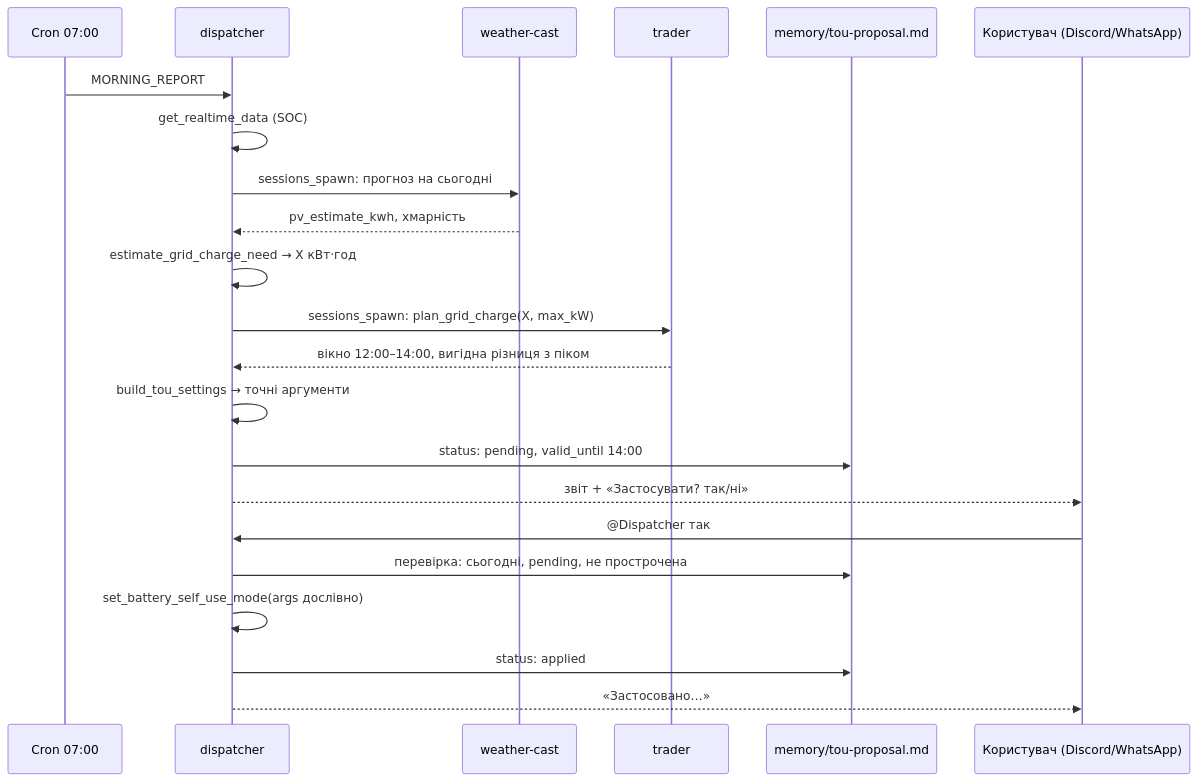
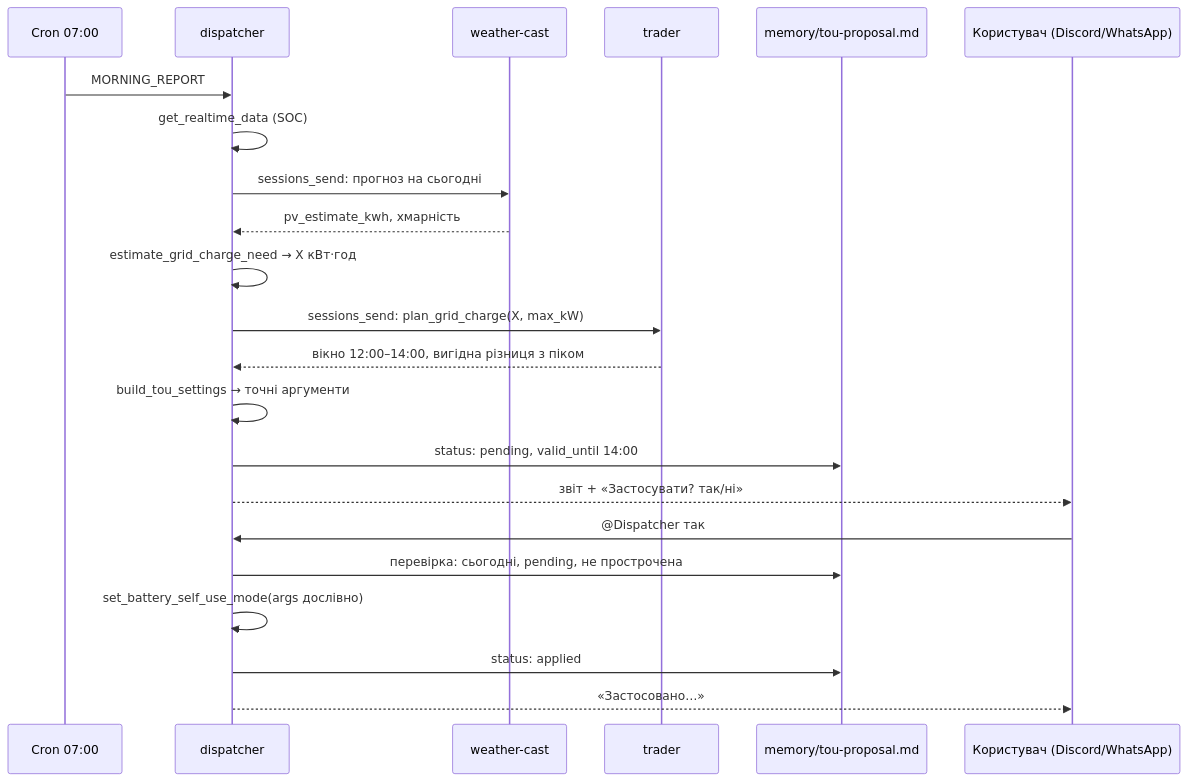
The second of 2 diagrams in docs/architecture.md (aywengo/fwdays-agents-homework), drawn with Mermaid before and after one commit. The commit also changed other lines of this file and 5 other files, not shown here.

First line of the commit message:
Delegate to teammates via sessions_send in scheduled runs too

````diff
--- a/docs/architecture.md
+++ b/docs/architecture.md
@@ -131,24 +131,24 @@
 ```mermaid
 sequenceDiagram
   participant C as Cron 07:00
   participant D as dispatcher
   participant W as weather-cast
   participant T as trader
   participant M as memory/tou-proposal.md
   participant U as Користувач (Discord/WhatsApp)
   C->>D: MORNING_REPORT
   D->>D: get_realtime_data (SOC)
-  D->>W: sessions_spawn: прогноз на сьогодні
+  D->>W: sessions_send: прогноз на сьогодні
   W-->>D: pv_estimate_kwh, хмарність
   D->>D: estimate_grid_charge_need → X кВт·год
-  D->>T: sessions_spawn: plan_grid_charge(X, max_kW)
+  D->>T: sessions_send: plan_grid_charge(X, max_kW)
   T-->>D: вікно 12:00–14:00, вигідна різниця з піком
   D->>D: build_tou_settings → точні аргументи
   D->>M: status: pending, valid_until 14:00
   D-->>U: звіт + «Застосувати? так/ні»
   U->>D: @Dispatcher так
   D->>M: перевірка: сьогодні, pending, не прострочена
   D->>D: set_battery_self_use_mode(args дослівно)
   D->>M: status: applied
   D-->>U: «Застосовано…»
 ```
````
